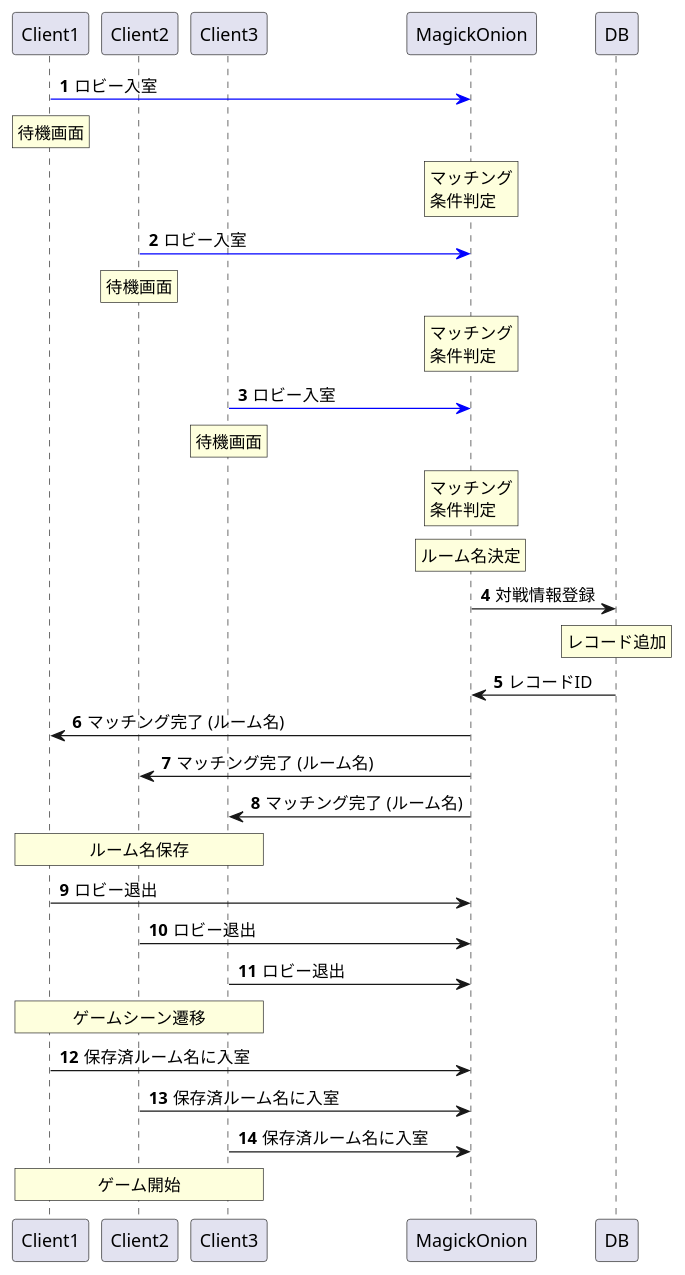
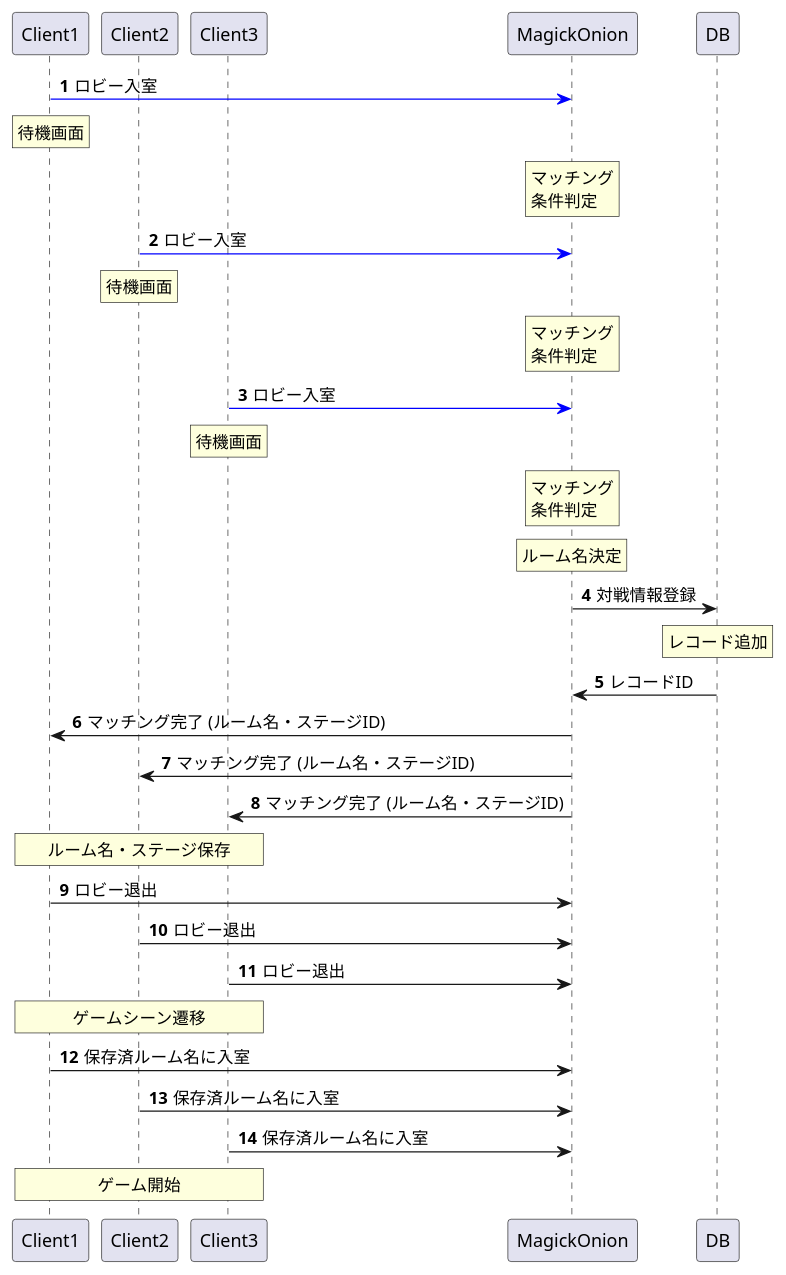
The diagram in Document/01_マッチング.puml (Ria2421/real-time-game), drawn with PlantUML before and after one commit. The commit also changed 302 other files, not shown here.

```diff
--- a/Document/01_マッチング.puml
+++ b/Document/01_マッチング.puml
@@ -1,47 +1,47 @@
 @startuml
 'https://plantuml.com/sequence-diagram
 
 participant Client1
 participant Client2
 participant Client3
 participant MagickOnion
 participant DB
 
 autonumber
 
 Client1 -[#blue]> MagickOnion : ロビー入室
 rnote over Client1 : 待機画面
 rnote over MagickOnion : マッチング\n条件判定
 
 Client2 -[#blue]> MagickOnion : ロビー入室
 rnote over Client2 : 待機画面
 rnote over MagickOnion : マッチング\n条件判定
 
 Client3 -[#blue]> MagickOnion : ロビー入室
 rnote over Client3 : 待機画面
 rnote over MagickOnion : マッチング\n条件判定
 
 rnote over MagickOnion : ルーム名決定
 MagickOnion -> DB : 対戦情報登録
 rnote over DB : レコード追加
 MagickOnion <- DB : レコードID
 
-Client1 <- MagickOnion : マッチング完了 (ルーム名)
-Client2 <- MagickOnion : マッチング完了 (ルーム名)
-Client3 <- MagickOnion : マッチング完了 (ルーム名)
+Client1 <- MagickOnion : マッチング完了 (ルーム名・ステージID)
+Client2 <- MagickOnion : マッチング完了 (ルーム名・ステージID)
+Client3 <- MagickOnion : マッチング完了 (ルーム名・ステージID)
 
-rnote over Client1,Client3 : ルーム名保存
+rnote over Client1,Client3 : ルーム名・ステージ保存
 
 Client1 -> MagickOnion : ロビー退出
 Client2 -> MagickOnion : ロビー退出
 Client3 -> MagickOnion : ロビー退出
 
 rnote over Client1,Client3 : ゲームシーン遷移
 
 Client1 -> MagickOnion : 保存済ルーム名に入室
 Client2 -> MagickOnion : 保存済ルーム名に入室
 Client3 -> MagickOnion : 保存済ルーム名に入室
 
 rnote over Client1,Client3 : ゲーム開始
 
 @enduml
```
